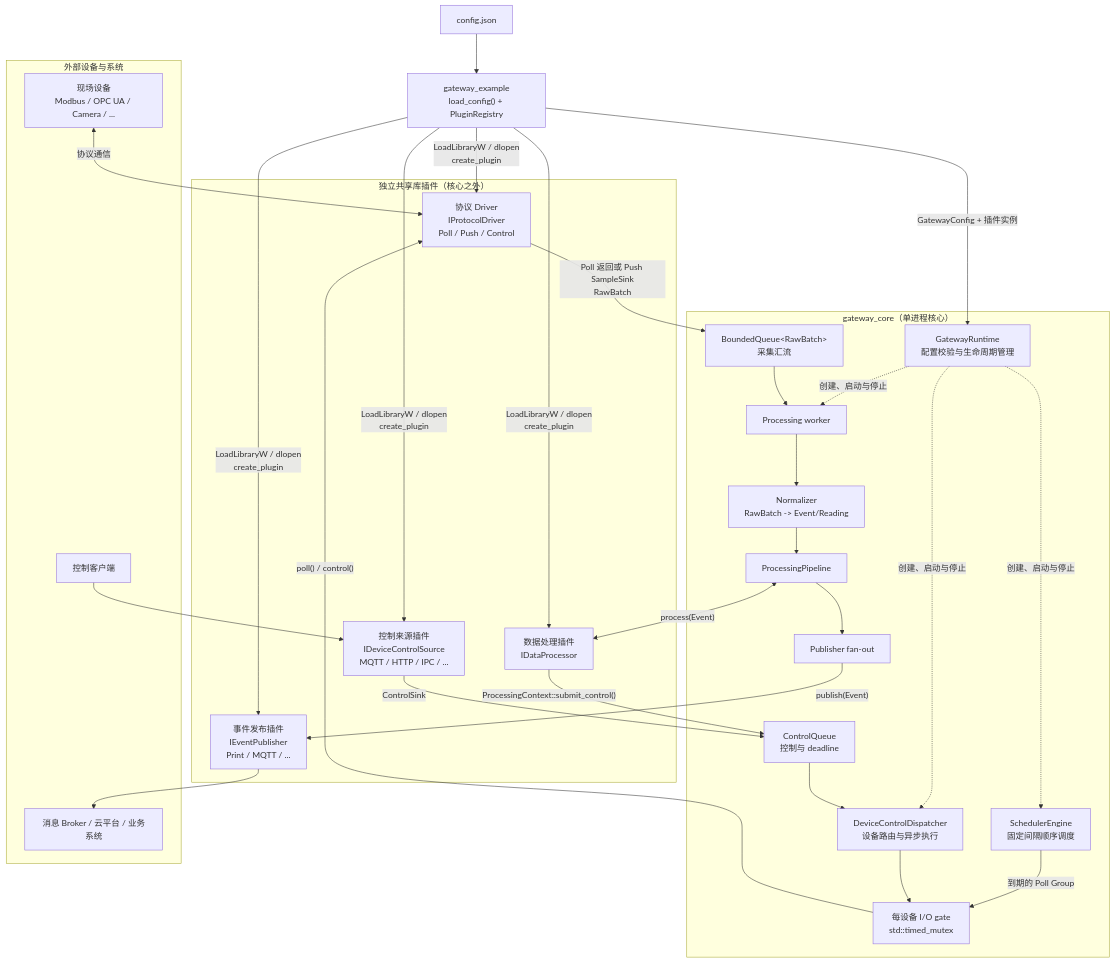
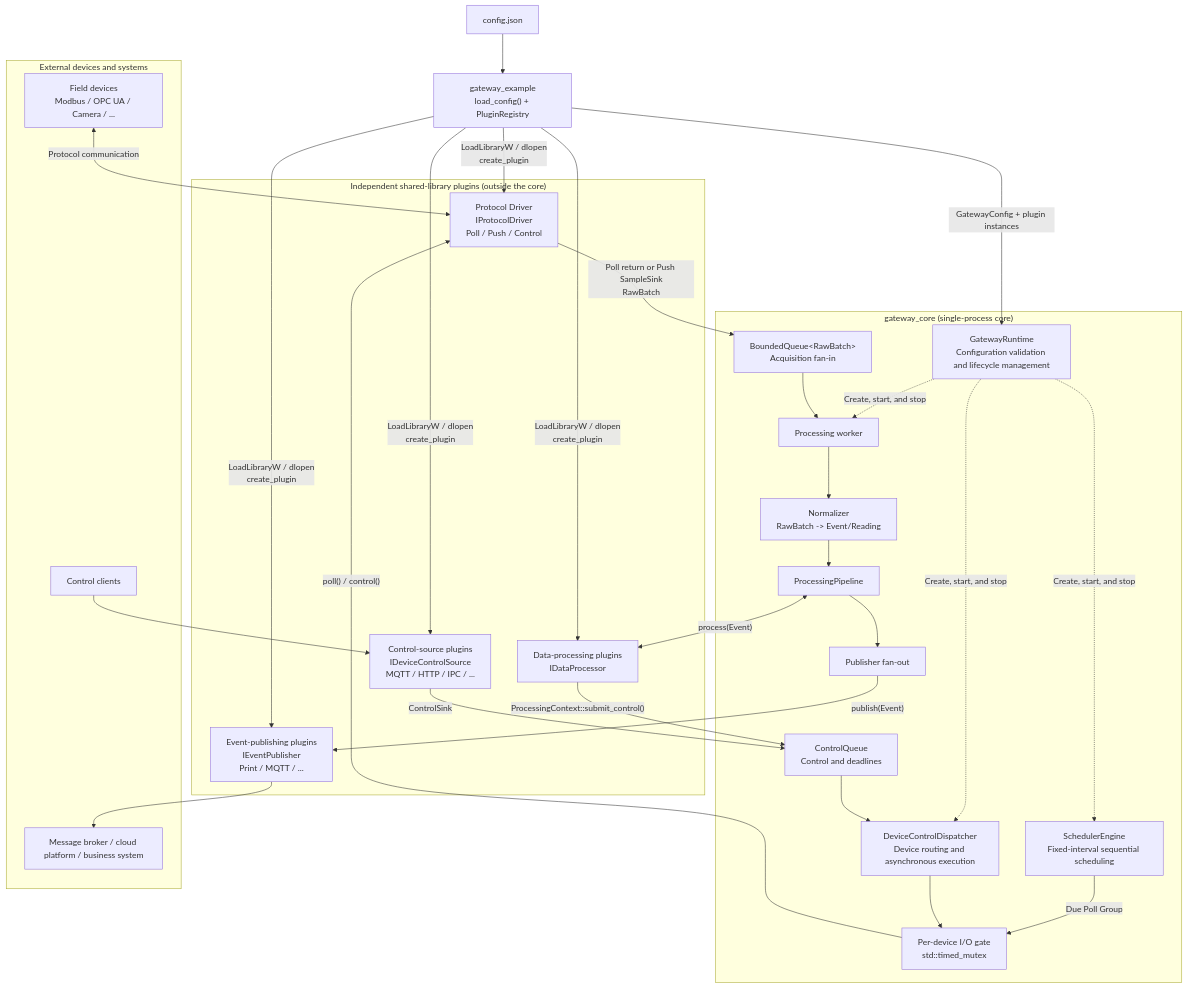
The diagram in README.md (LRs0ng/miniGateway), drawn with Mermaid before and after one commit. The commit also changed other lines of this file and 1 other file, not shown here.

````diff
--- a/README.md
+++ b/README.md
@@ -130,51 +172,51 @@
 ```mermaid
 flowchart TB
     CONFIG["config.json"] --> BOOT["gateway_example<br/>load_config() + PluginRegistry"]
 
-    subgraph CORE["gateway_core（单进程核心）"]
-        RUNTIME["GatewayRuntime<br/>配置校验与生命周期管理"]
-        SCHEDULER["SchedulerEngine<br/>固定间隔顺序调度"]
-        IO_GATE["每设备 I/O gate<br/>std::timed_mutex"]
-        RAW_QUEUE["BoundedQueue&lt;RawBatch&gt;<br/>采集汇流"]
+    subgraph CORE["gateway_core (single-process core)"]
+        RUNTIME["GatewayRuntime<br/>Configuration validation and lifecycle management"]
+        SCHEDULER["SchedulerEngine<br/>Fixed-interval sequential scheduling"]
+        IO_GATE["Per-device I/O gate<br/>std::timed_mutex"]
+        RAW_QUEUE["BoundedQueue&lt;RawBatch&gt;<br/>Acquisition fan-in"]
         WORKER["Processing worker"]
         NORMALIZER["Normalizer<br/>RawBatch -> Event/Reading"]
         PIPELINE["ProcessingPipeline"]
         FAN_OUT["Publisher fan-out"]
-        CONTROL_QUEUE["ControlQueue<br/>控制与 deadline"]
-        DISPATCHER["DeviceControlDispatcher<br/>设备路由与异步执行"]
+        CONTROL_QUEUE["ControlQueue<br/>Control and deadlines"]
+        DISPATCHER["DeviceControlDispatcher<br/>Device routing and asynchronous execution"]
 
-        RUNTIME -.->|"创建、启动与停止"| SCHEDULER
-        RUNTIME -.->|"创建、启动与停止"| WORKER
-        RUNTIME -.->|"创建、启动与停止"| DISPATCHER
-        SCHEDULER -->|"到期的 Poll Group"| IO_GATE
+        RUNTIME -.->|"Create, start, and stop"| SCHEDULER
+        RUNTIME -.->|"Create, start, and stop"| WORKER
+        RUNTIME -.->|"Create, start, and stop"| DISPATCHER
+        SCHEDULER -->|"Due Poll Group"| IO_GATE
         RAW_QUEUE --> WORKER --> NORMALIZER --> PIPELINE --> FAN_OUT
         CONTROL_QUEUE --> DISPATCHER --> IO_GATE
     end
 
-    subgraph PLUGINS["独立共享库插件（核心之外）"]
-        DRIVERS["协议 Driver<br/>IProtocolDriver<br/>Poll / Push / Control"]
-        PROCESSORS["数据处理插件<br/>IDataProcessor"]
-        PUBLISHERS["事件发布插件<br/>IEventPublisher<br/>Print / MQTT / ..."]
-        CONTROL_SOURCES["控制来源插件<br/>IDeviceControlSource<br/>MQTT / HTTP / IPC / ..."]
+    subgraph PLUGINS["Independent shared-library plugins (outside the core)"]
+        DRIVERS["Protocol Driver<br/>IProtocolDriver<br/>Poll / Push / Control"]
+        PROCESSORS["Data-processing plugins<br/>IDataProcessor"]
+        PUBLISHERS["Event-publishing plugins<br/>IEventPublisher<br/>Print / MQTT / ..."]
+        CONTROL_SOURCES["Control-source plugins<br/>IDeviceControlSource<br/>MQTT / HTTP / IPC / ..."]
     end
 
-    subgraph EXTERNAL["外部设备与系统"]
-        DEVICES["现场设备<br/>Modbus / OPC UA / Camera / ..."]
-        SERVICES["消息 Broker / 云平台 / 业务系统"]
-        CONTROL_CLIENTS["控制客户端"]
+    subgraph EXTERNAL["External devices and systems"]
+        DEVICES["Field devices<br/>Modbus / OPC UA / Camera / ..."]
+        SERVICES["Message broker / cloud platform / business system"]
+        CONTROL_CLIENTS["Control clients"]
     end
 
     BOOT -->|"LoadLibraryW / dlopen<br/>create_plugin"| DRIVERS
     BOOT -->|"LoadLibraryW / dlopen<br/>create_plugin"| PROCESSORS
     BOOT -->|"LoadLibraryW / dlopen<br/>create_plugin"| PUBLISHERS
     BOOT -->|"LoadLibraryW / dlopen<br/>create_plugin"| CONTROL_SOURCES
-    BOOT -->|"GatewayConfig + 插件实例"| RUNTIME
+    BOOT -->|"GatewayConfig + plugin instances"| RUNTIME
 
-    DEVICES <-->|"协议通信"| DRIVERS
+    DEVICES <-->|"Protocol communication"| DRIVERS
     IO_GATE -->|"poll() / control()"| DRIVERS
-    DRIVERS -->|"Poll 返回或 Push SampleSink<br/>RawBatch"| RAW_QUEUE
+    DRIVERS -->|"Poll return or Push SampleSink<br/>RawBatch"| RAW_QUEUE
     PIPELINE <-->|"process(Event)"| PROCESSORS
     PROCESSORS -->|"ProcessingContext::submit_control()"| CONTROL_QUEUE
     FAN_OUT -->|"publish(Event)"| PUBLISHERS --> SERVICES
     CONTROL_CLIENTS --> CONTROL_SOURCES -->|"ControlSink"| CONTROL_QUEUE
 ```
````
